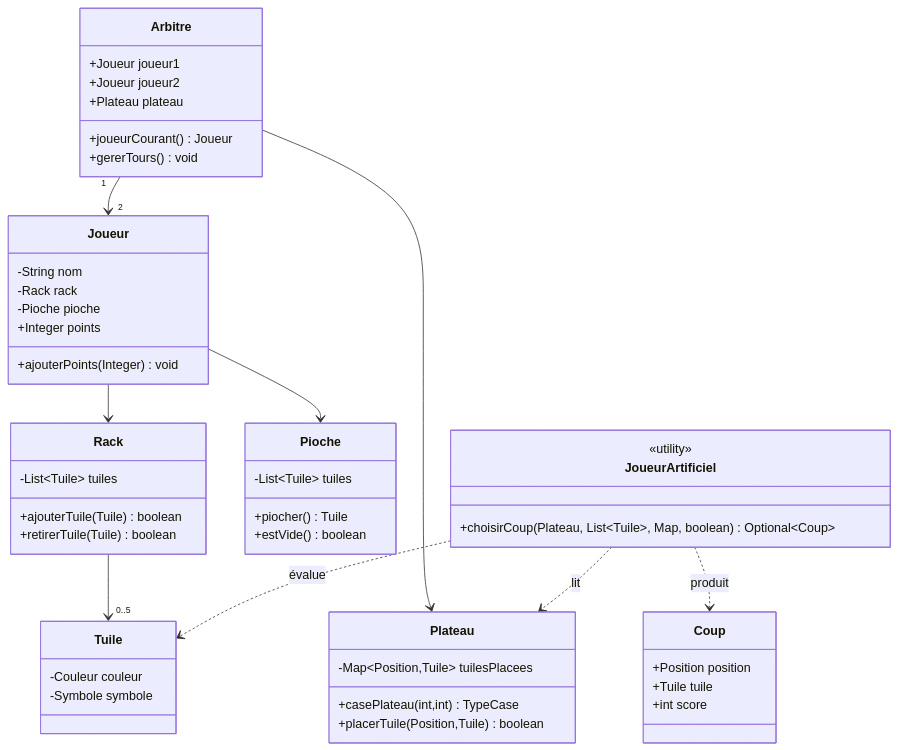
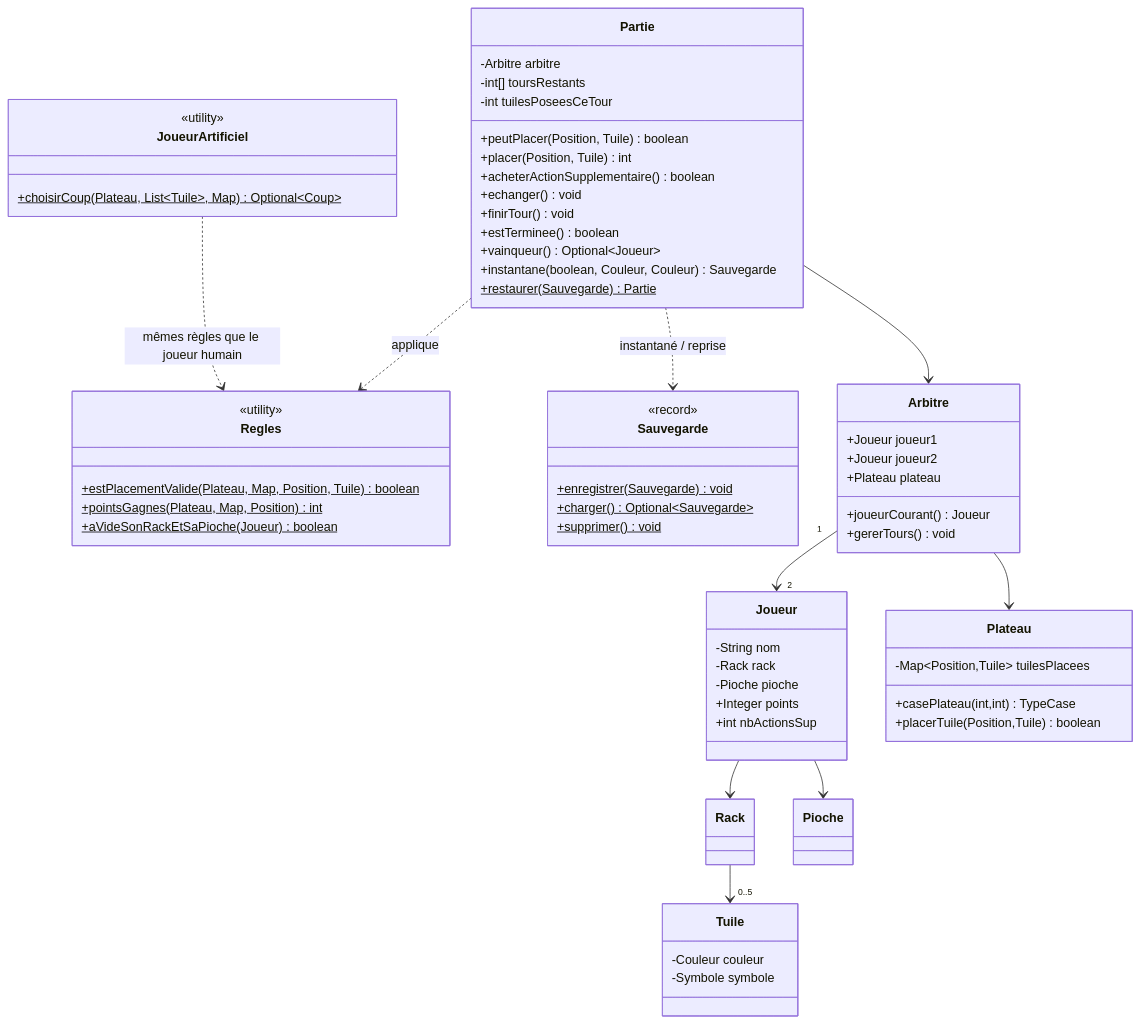
One commit to sdelmart/latice changed the second of 3 diagrams in docs/ARCHITECTURE.md. Above: the diagram before and after it, drawn with Mermaid. The commit also changed other lines of this file and 10 other files, not shown here.

````diff
--- a/docs/ARCHITECTURE.md
+++ b/docs/ARCHITECTURE.md
@@ -64,54 +81,68 @@
 ```mermaid
 classDiagram
+    class Partie {
+        -Arbitre arbitre
+        -int[] toursRestants
+        -int tuilesPoseesCeTour
+        +peutPlacer(Position, Tuile) boolean
+        +placer(Position, Tuile) int
+        +acheterActionSupplementaire() boolean
+        +echanger() void
+        +finirTour() void
+        +estTerminee() boolean
+        +vainqueur() Optional~Joueur~
+        +instantane(boolean, Couleur, Couleur) Sauvegarde
+        +restaurer(Sauvegarde)$ Partie
+    }
+    class Regles {
+        <<utility>>
+        +estPlacementValide(Plateau, Map, Position, Tuile)$ boolean
+        +pointsGagnes(Plateau, Map, Position)$ int
+        +aVideSonRackEtSaPioche(Joueur)$ boolean
+    }
+    class Sauvegarde {
+        <<record>>
+        +enregistrer(Sauvegarde)$ void
+        +charger()$ Optional~Sauvegarde~
+        +supprimer()$ void
+    }
     class Arbitre {
         +Joueur joueur1
         +Joueur joueur2
         +Plateau plateau
         +joueurCourant() Joueur
         +gererTours() void
     }
     class Joueur {
         -String nom
         -Rack rack
         -Pioche pioche
         +Integer points
-        +ajouterPoints(Integer) void
+        +int nbActionsSup
     }
     class Plateau {
         -Map~Position,Tuile~ tuilesPlacees
         +casePlateau(int,int) TypeCase
         +placerTuile(Position,Tuile) boolean
     }
-    class Rack {
-        -List~Tuile~ tuiles
-        +ajouterTuile(Tuile) boolean
-        +retirerTuile(Tuile) boolean
-    }
-    class Pioche {
-        -List~Tuile~ tuiles
-        +piocher() Tuile
-        +estVide() boolean
-    }
+    class Rack
+    class Pioche
     class Tuile {
         -Couleur couleur
         -Symbole symbole
     }
     class JoueurArtificiel {
         <<utility>>
-        +choisirCoup(Plateau, List~Tuile~, Map, boolean) Optional~Coup~
-    }
-    class Coup {
-        +Position position
-        +Tuile tuile
-        +int score
+        +choisirCoup(Plateau, List~Tuile~, Map)$ Optional~Coup~
     }
 
+    Partie --> Arbitre
+    Partie ..> Regles : applique
+    Partie ..> Sauvegarde : instantané / reprise
     Arbitre "1" --> "2" Joueur
     Arbitre --> Plateau
     Joueur --> Rack
     Joueur --> Pioche
     Rack --> "0..5" Tuile
-    JoueurArtificiel ..> Coup : produit
-    JoueurArtificiel ..> Plateau : lit
-    JoueurArtificiel ..> Tuile : évalue
+    JoueurArtificiel ..> Regles : mêmes règles que le joueur humain
 ```
````
